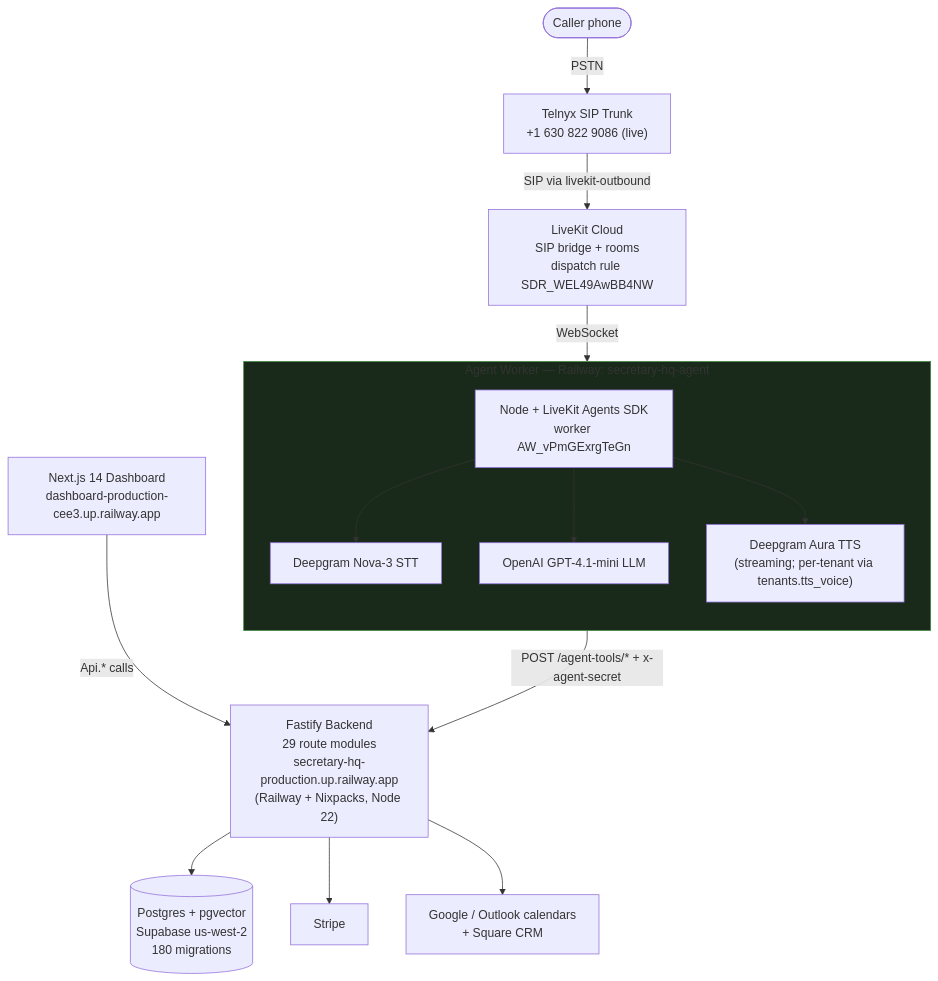
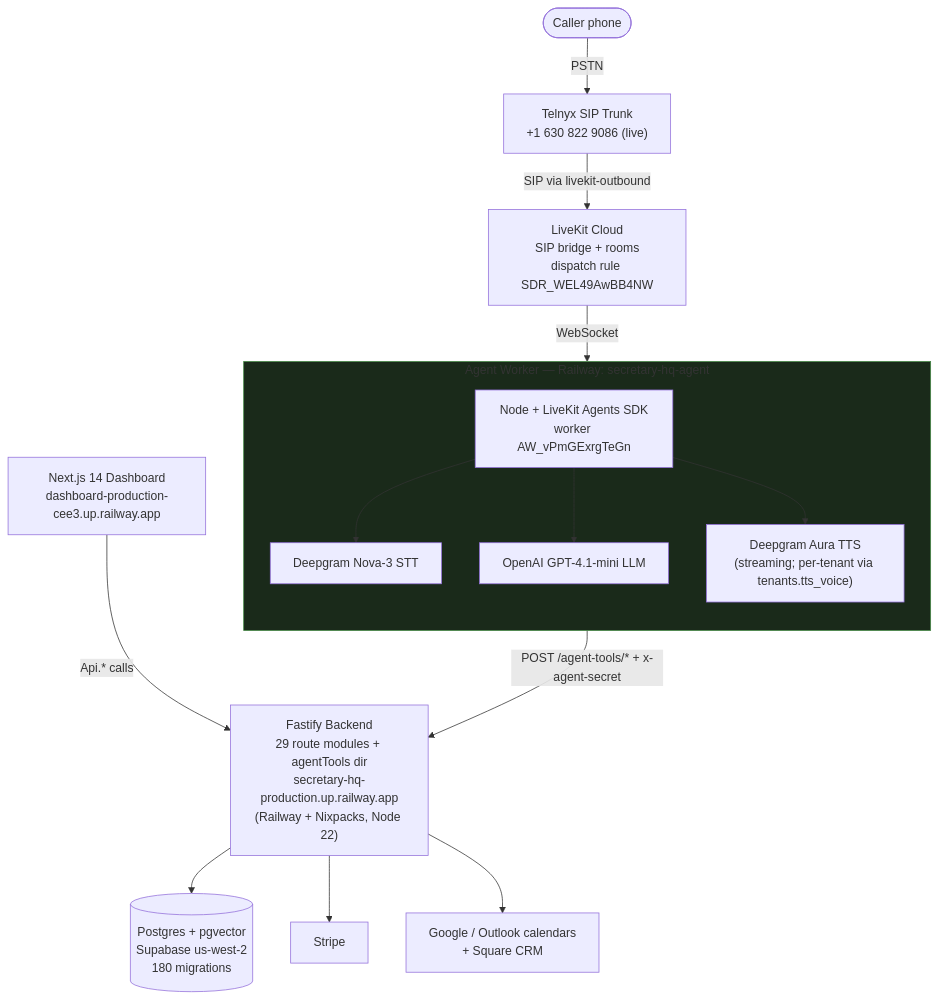
The first of 12 diagrams in docs/DIAGRAMS.md (ddemott/ai-sec), drawn with Mermaid before and after one commit. The commit also changed 5 other files, not shown here.

````diff
--- a/docs/DIAGRAMS.md
+++ b/docs/DIAGRAMS.md
@@ -28,37 +28,37 @@
 ```mermaid
 flowchart TB
   Caller([Caller phone])
   Telnyx["Telnyx SIP Trunk<br/>+1 630 822 9086 (live)"]
   Caller -->|PSTN| Telnyx
 
   LiveKit["LiveKit Cloud<br/>SIP bridge + rooms<br/>dispatch rule SDR_WEL49AwBB4NW"]
   Telnyx -->|SIP via livekit-outbound| LiveKit
 
   subgraph agentBox["Agent Worker — Railway: secretary-hq-agent"]
     direction TB
     Agent["Node + LiveKit Agents SDK<br/>worker AW_vPmGExrgTeGn"]
     DG["Deepgram Nova-3 STT"]
     OAI["OpenAI GPT-4.1-mini LLM"]
     TTS["Deepgram Aura TTS<br/>(streaming; per-tenant via tenants.tts_voice)"]
     Agent --> DG
     Agent --> OAI
     Agent --> TTS
   end
 
   LiveKit -->|WebSocket| Agent
 
-  Fastify["Fastify Backend<br/>29 route modules<br/>secretary-hq-production.up.railway.app<br/>(Railway + Nixpacks, Node 22)"]
+  Fastify["Fastify Backend<br/>29 route modules + agentTools dir<br/>secretary-hq-production.up.railway.app<br/>(Railway + Nixpacks, Node 22)"]
   Agent -->|POST /agent-tools/* + x-agent-secret| Fastify
 
   Postgres[("Postgres + pgvector<br/>Supabase us-west-2<br/>180 migrations")]
   Stripe["Stripe"]
   Integrations["Google / Outlook calendars<br/>+ Square CRM"]
   Dashboard["Next.js 14 Dashboard<br/>dashboard-production-cee3.up.railway.app"]
 
   Fastify --> Postgres
   Fastify --> Stripe
   Fastify --> Integrations
   Dashboard -->|Api.* calls| Fastify
 
   style agentBox fill:#1a2a1a,stroke:#484
 ```
````
